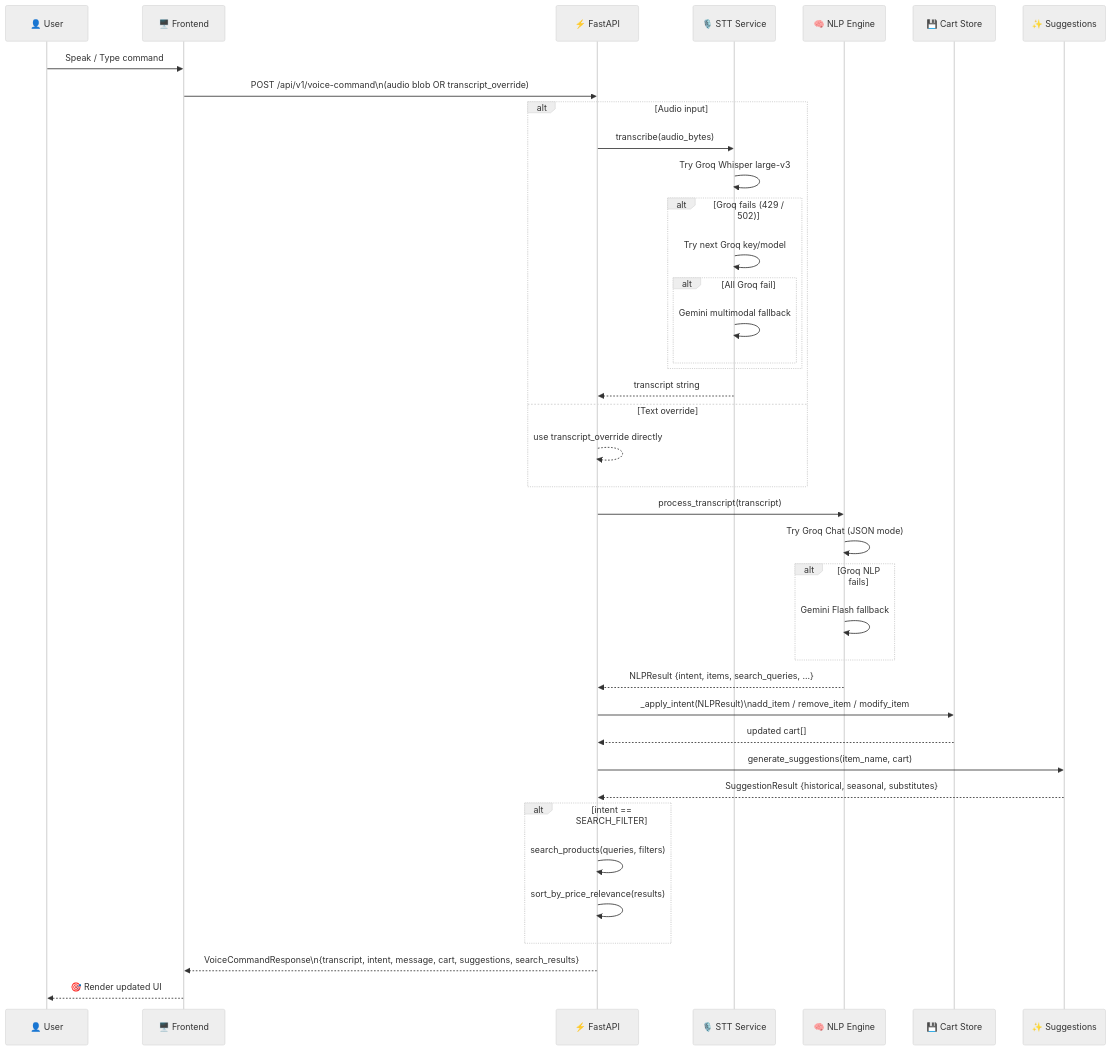
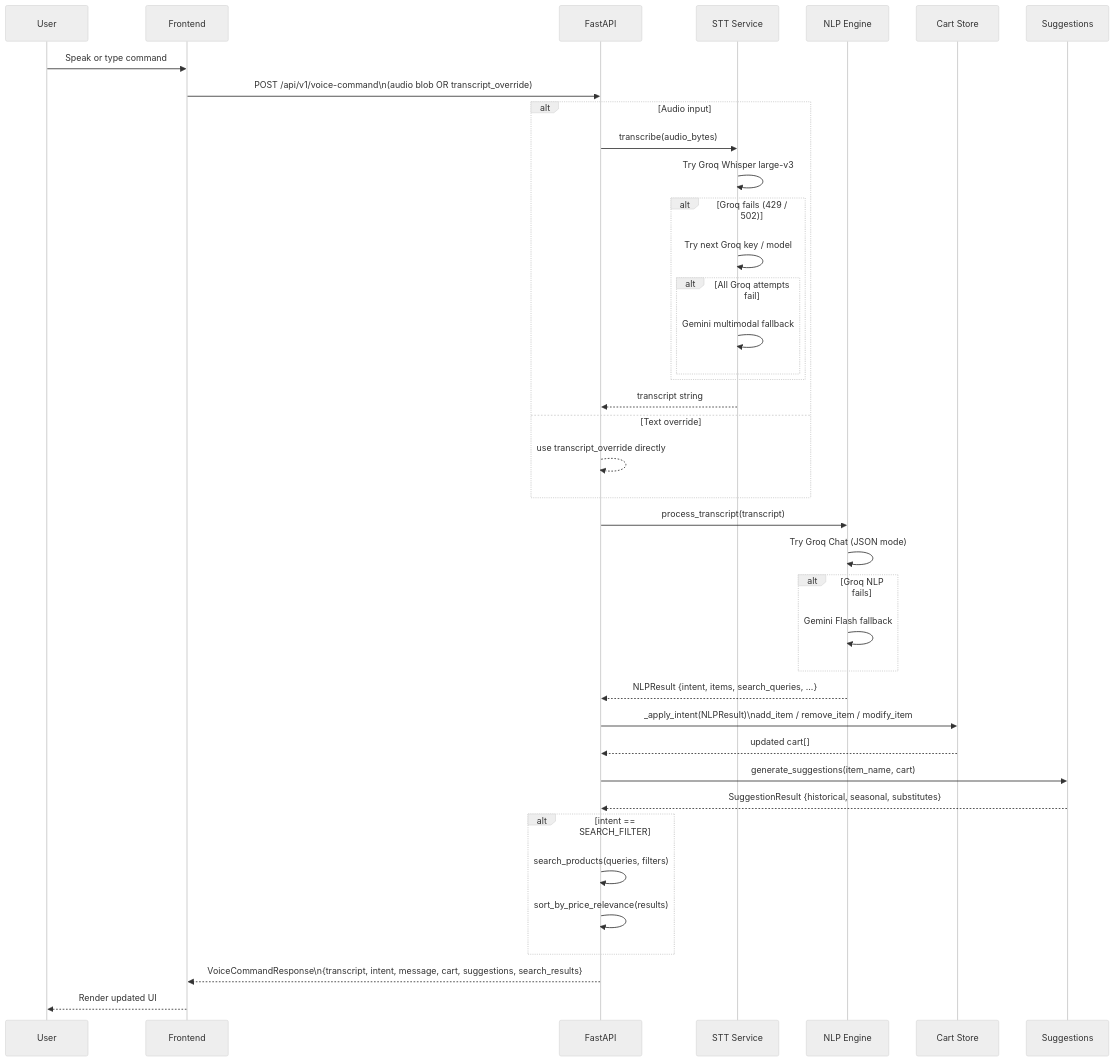
The second of 4 diagrams in README.md (Swayam-Burde/Voice-Command-Shopping-Assisstant), drawn with Mermaid (neutral theme) before and after one commit. The commit also changed other lines of this file, not shown here.

````diff
--- a/README.md
+++ b/README.md
@@ -198,48 +215,48 @@
 ```mermaid
 sequenceDiagram
-    participant U as 👤 User
-    participant FE as 🖥️ Frontend
-    participant API as ⚡ FastAPI
-    participant STT as 🎙️ STT Service
-    participant NLP as 🧠 NLP Engine
-    participant DB as 💾 Cart Store
-    participant SUG as ✨ Suggestions
+    participant U as User
+    participant FE as Frontend
+    participant API as FastAPI
+    participant STT as STT Service
+    participant NLP as NLP Engine
+    participant DB as Cart Store
+    participant SUG as Suggestions
 
-    U->>FE: Speak / Type command
+    U->>FE: Speak or type command
     FE->>API: POST /api/v1/voice-command\n(audio blob OR transcript_override)
 
     alt Audio input
         API->>STT: transcribe(audio_bytes)
         STT->>STT: Try Groq Whisper large-v3
         alt Groq fails (429 / 502)
-            STT->>STT: Try next Groq key/model
-            alt All Groq fail
+            STT->>STT: Try next Groq key / model
+            alt All Groq attempts fail
                 STT->>STT: Gemini multimodal fallback
             end
         end
         STT-->>API: transcript string
     else Text override
         API-->>API: use transcript_override directly
     end
 
     API->>NLP: process_transcript(transcript)
     NLP->>NLP: Try Groq Chat (JSON mode)
     alt Groq NLP fails
         NLP->>NLP: Gemini Flash fallback
     end
     NLP-->>API: NLPResult {intent, items, search_queries, ...}
 
     API->>DB: _apply_intent(NLPResult)\nadd_item / remove_item / modify_item
     DB-->>API: updated cart[]
 
     API->>SUG: generate_suggestions(item_name, cart)
     SUG-->>API: SuggestionResult {historical, seasonal, substitutes}
 
     alt intent == SEARCH_FILTER
         API->>API: search_products(queries, filters)
         API->>API: sort_by_price_relevance(results)
     end
 
     API-->>FE: VoiceCommandResponse\n{transcript, intent, message, cart, suggestions, search_results}
-    FE-->>U: 🎯 Render updated UI
+    FE-->>U: Render updated UI
 ```
````
